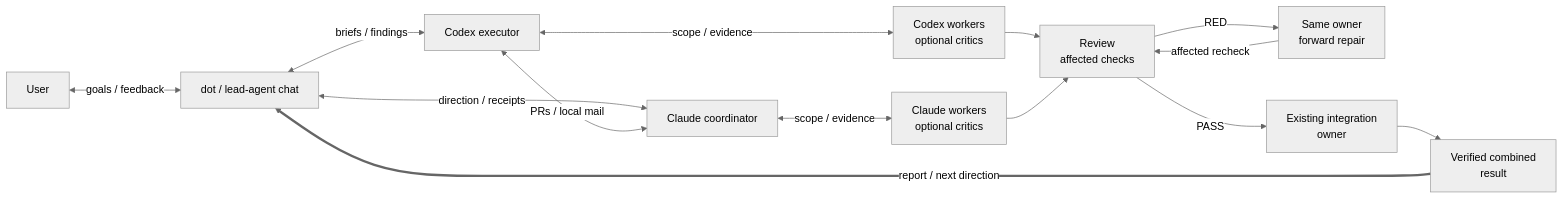
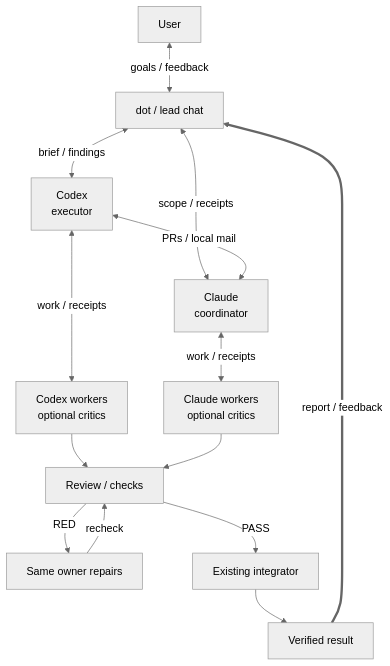
Before and after one commit to deciduus/cross-harness-agent-mail: the diagram in README.md, drawn with Mermaid (neutral theme).

Commit message:
Compact the feedback diagram without removing its loops

````diff
--- a/README.md
+++ b/README.md
@@ -39,16 +39,16 @@
 ```mermaid
-flowchart LR
-  U[User] <-->|goals / feedback| L[dot / lead-agent chat]
-  L <-->|briefs / findings| E[Codex executor]
-  L <-->|direction / receipts| C[Claude coordinator]
+flowchart TB
+  U[User] <-->|goals / feedback| L[dot / lead chat]
+  L <-->|brief / findings| E["Codex<br/>executor"]
+  L <-->|scope / receipts| C["Claude<br/>coordinator"]
   E <-->|PRs / local mail| C
-  E <-->|scope / evidence| A["Codex workers<br/>optional critics"]
-  C <-->|scope / evidence| B["Claude workers<br/>optional critics"]
-  A --> R["Review<br/>affected checks"]
+  E <-->|work / receipts| A["Codex workers<br/>optional critics"]
+  C <-->|work / receipts| B["Claude workers<br/>optional critics"]
+  A --> R[Review / checks]
   B --> R
-  R -->|RED| F["Same owner<br/>forward repair"]
-  F -->|affected recheck| R
-  R -->|PASS| I["Existing integration<br/>owner"]
-  I --> V["Verified combined<br/>result"]
-  V ==>|report / next direction| L
+  R -->|RED| F[Same owner repairs]
+  F -->|recheck| R
+  R -->|PASS| I[Existing integrator]
+  I --> V[Verified result]
+  V ==>|report / feedback| L
 ```
````
